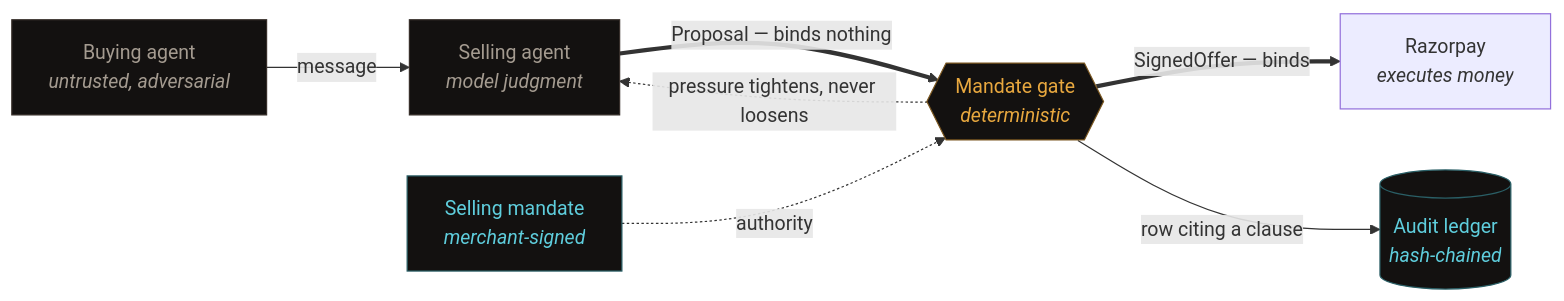
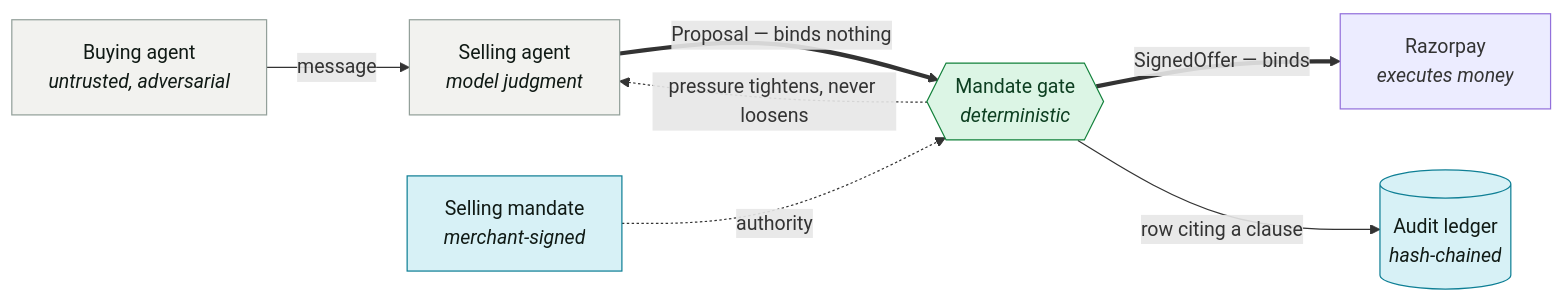
Before and after one commit to SCARPxVeNOM/counterparty: the diagram in README.md, drawn with Mermaid. The commit also changed other lines of this file and 3 other files, not shown here.

````diff
--- a/README.md
+++ b/README.md
@@ -36,23 +32,23 @@
 ```mermaid
 flowchart LR
     BA["Buying agent<br/><i>untrusted, adversarial</i>"]
     LLM["Selling agent<br/><i>model judgment</i>"]
     GATE{{"Mandate gate<br/><i>deterministic</i>"}}
     ENV["Selling mandate<br/><i>merchant-signed</i>"]
     RZP["Razorpay<br/><i>executes money</i>"]
     LED[("Audit ledger<br/><i>hash-chained</i>")]
 
     BA -->|message| LLM
     LLM ==>|"Proposal — binds nothing"| GATE
     ENV -.->|authority| GATE
     GATE ==>|"SignedOffer — binds"| RZP
     GATE -->|"row citing a clause"| LED
     GATE -.->|"pressure tightens, never loosens"| LLM
 
-    classDef det fill:#131110,stroke:#7a5720,color:#e8a83f
-    classDef mod fill:#131110,stroke:#372f2a,color:#a49b90
-    classDef pf fill:#131110,stroke:#2a5f66,color:#5fcedd
+    classDef det fill:#dcf5e5,stroke:#12813b,color:#0d3f21
+    classDef mod fill:#f2f2ef,stroke:#93a09a,color:#101a15
+    classDef pf fill:#d7f1f6,stroke:#0e7f95,color:#101a15
     class GATE det
     class LLM,BA mod
     class ENV,LED pf
 ```
````
